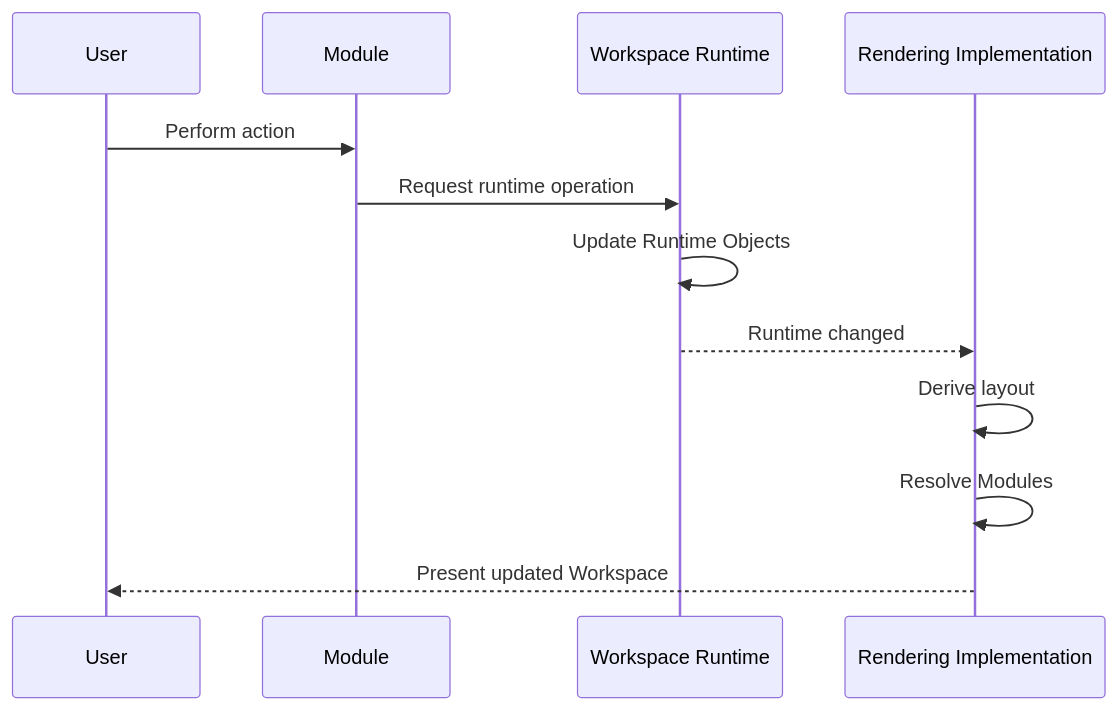
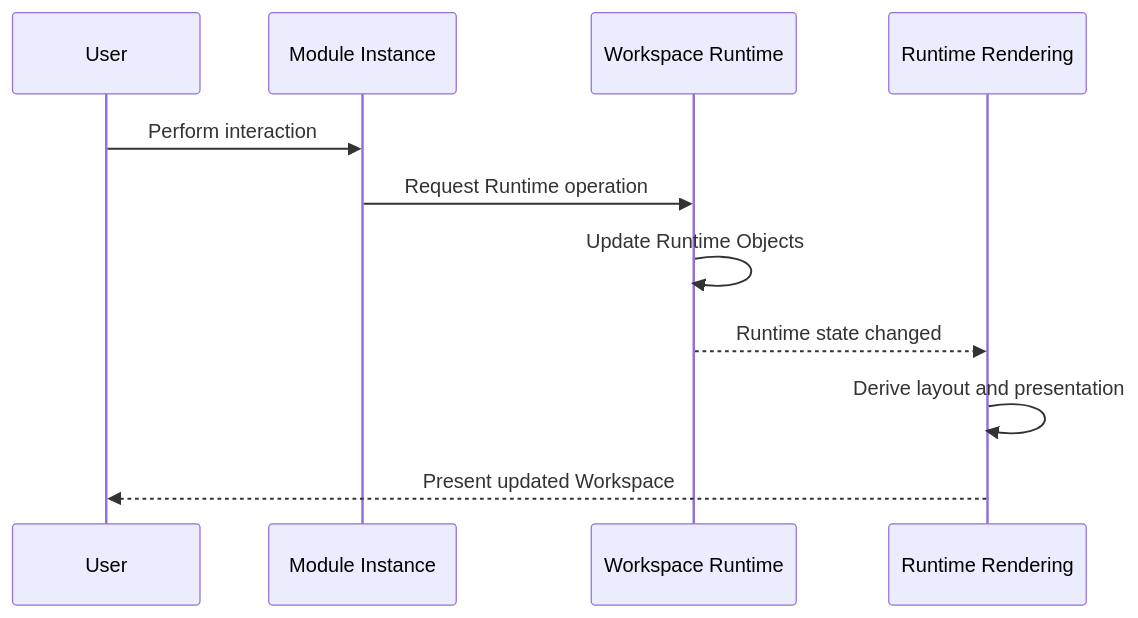
One commit to kjvonly/kjvonly.bible changed the fifth of 6 diagrams in docs/01_application-architecture/003-runtime-rendering.md. Above: the diagram before and after it, drawn with Mermaid. The commit also changed other lines of this file and 1 other file, not shown here.

````diff
--- a/docs/01_application-architecture/003-runtime-rendering.md
+++ b/docs/01_application-architecture/003-runtime-rendering.md
@@ -715,16 +584,15 @@
 ```mermaid
 sequenceDiagram
 
     participant User
-    participant Module
+    participant Module as Module Instance
     participant Runtime as Workspace Runtime
-    participant Renderer as Rendering Implementation
+    participant Renderer as Runtime Rendering
 
-    User->>Module: Perform action
-    Module->>Runtime: Request runtime operation
+    User->>Module: Perform interaction
+    Module->>Runtime: Request Runtime operation
     Runtime->>Runtime: Update Runtime Objects
-    Runtime-->>Renderer: Runtime changed
-    Renderer->>Renderer: Derive layout
-    Renderer->>Renderer: Resolve Modules
+    Runtime-->>Renderer: Runtime state changed
+    Renderer->>Renderer: Derive layout and presentation
     Renderer-->>User: Present updated Workspace
 ```
````
